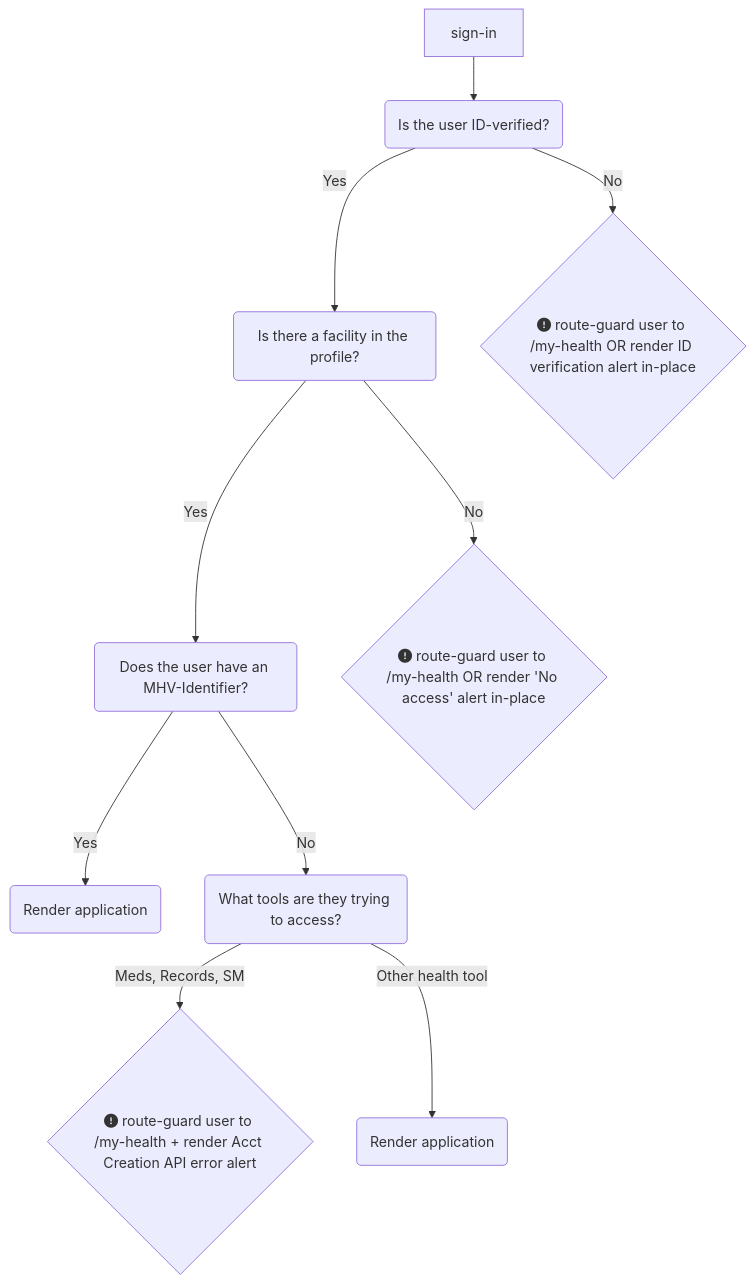
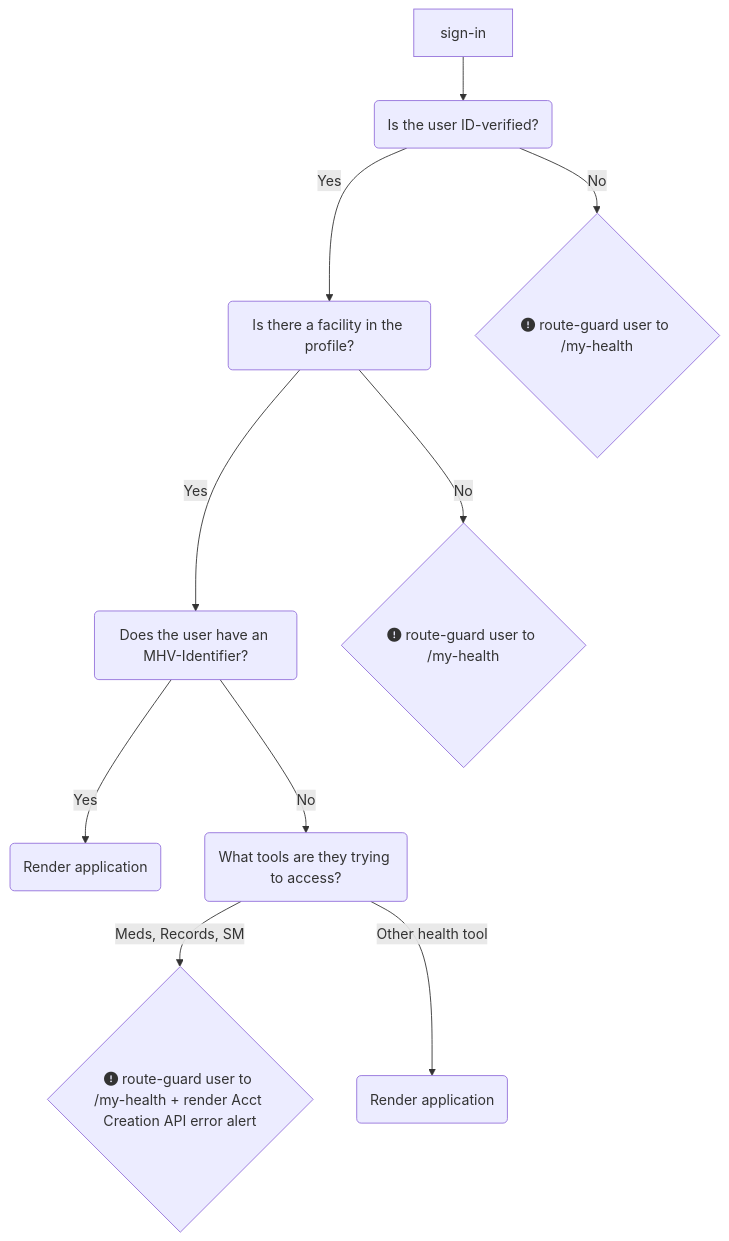
Before and after one commit to department-of-veterans-affairs/va.gov-team: the diagram in products/health-care/digital-health-modernization/mhv-to-va.gov/governance/alert-standardization.md, drawn with Mermaid.

````diff
--- a/products/health-care/digital-health-modernization/mhv-to-va.gov/governance/alert-standardization.md
+++ b/products/health-care/digital-health-modernization/mhv-to-va.gov/governance/alert-standardization.md
@@ -14,12 +14,12 @@
 ```mermaid
 flowchart TD
     A[sign-in] --> B(Is the user ID-verified?)
     B --> |Yes| C(Is there a facility in the profile?)
-    B --> |No| E{fa:fa-circle-exclamation route-guard user to /my-health OR render ID verification alert in-place}
+    B --> |No| E{fa:fa-circle-exclamation route-guard user to /my-health}
     C -->|Yes| D(Does the user have an MHV-Identifier?)
-    C -->|No| F{fa:fa-circle-exclamation route-guard user to /my-health OR render 'No access' alert in-place}
+    C -->|No| F{fa:fa-circle-exclamation route-guard user to /my-health}
     D --> |Yes| G(Render application)
     D --> |No| H(What tools are they trying to access?)
     H --> |Meds, Records, SM| I{fa:fa-circle-exclamation route-guard user to /my-health + render Acct Creation API error alert}
     H --> |Other health tool| J(Render application)
 ```
````
